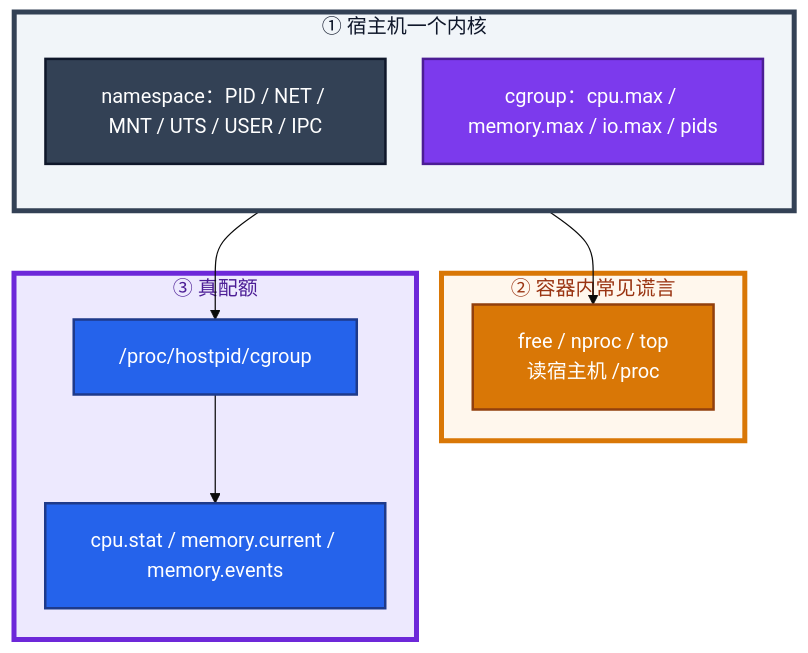
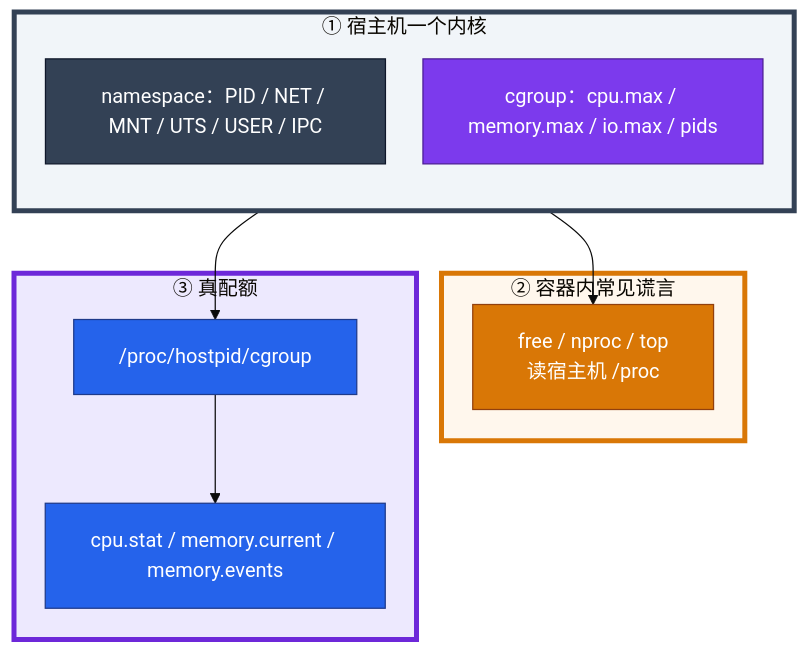
The second of 8 diagrams in 02-基础底座/07-cgroup与容器/知识点.md (ml-cuizijun/LearnToLilith), drawn with Mermaid before and after one commit. The commit also changed other lines of this file and 213 other files, not shown here.

````diff
--- a/02-基础底座/07-cgroup与容器/知识点.md
+++ b/02-基础底座/07-cgroup与容器/知识点.md
@@ -92,35 +74,35 @@
 ```mermaid
 %%{init: {"flowchart": {"padding": 18, "nodeSpacing": 30, "rankSpacing": 50}, "theme": "base"}}%%
 flowchart TB
     subgraph host ["① 宿主机一个内核"]
         direction TB
         ns["namespace：PID / NET / MNT / UTS / USER / IPC"]
         cg["cgroup：cpu.max / memory.max / io.max / pids"]
     end
 
     subgraph lie ["② 容器内常见谎言"]
         free["free / nproc / top<br/>读宿主机 /proc"]
     end
 
     subgraph truth ["③ 真配额"]
         path["/proc/hostpid/cgroup"]
         files["cpu.stat / memory.current / memory.events"]
         path --> files
     end
 
     ns --> free
     cg --> path
 
-    classDef ns fill:#334155,stroke:#0F172A,stroke-width:2px,color:#fff
-    classDef cg fill:#7C3AED,stroke:#4C1D95,stroke-width:2px,color:#fff
-    classDef liec fill:#D97706,stroke:#92400E,stroke-width:2px,color:#fff
-    classDef ok fill:#2563EB,stroke:#1E3A8A,stroke-width:2px,color:#fff
+    classDef ns fill:#334155,stroke:#0F172A,color:#fff
+    classDef cg fill:#7C3AED,stroke:#4C1D95,color:#fff
+    classDef liec fill:#D97706,stroke:#92400E,color:#fff
+    classDef ok fill:#2563EB,stroke:#1E3A8A,color:#fff
     class ns ns
     class cg cg
     class free liec
     class path,files ok
 
-    style host fill:#F1F5F9,stroke:#334155,stroke-width:4px,color:#0F172A
-    style lie fill:#FFF7ED,stroke:#D97706,stroke-width:4px,color:#9A3412
-    style truth fill:#EDE9FE,stroke:#6D28D9,stroke-width:4px,color:#4C1D95
+    style host fill:#F1F5F9,stroke:#334155,stroke-width:4px
+    style lie fill:#FFF7ED,stroke:#D97706,stroke-width:4px
+    style truth fill:#EDE9FE,stroke:#6D28D9,stroke-width:4px
 ```
````
